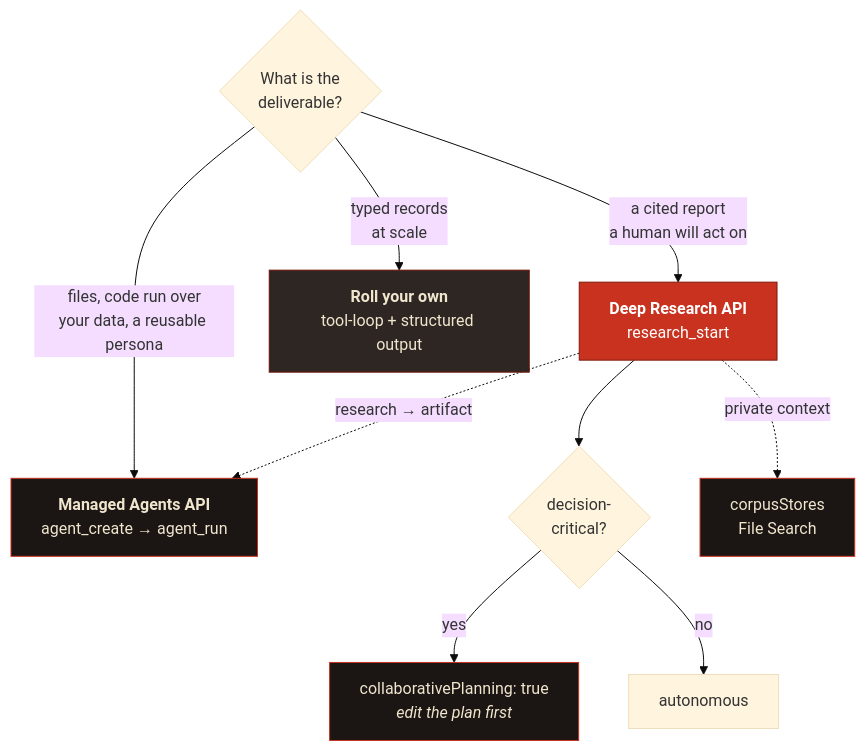
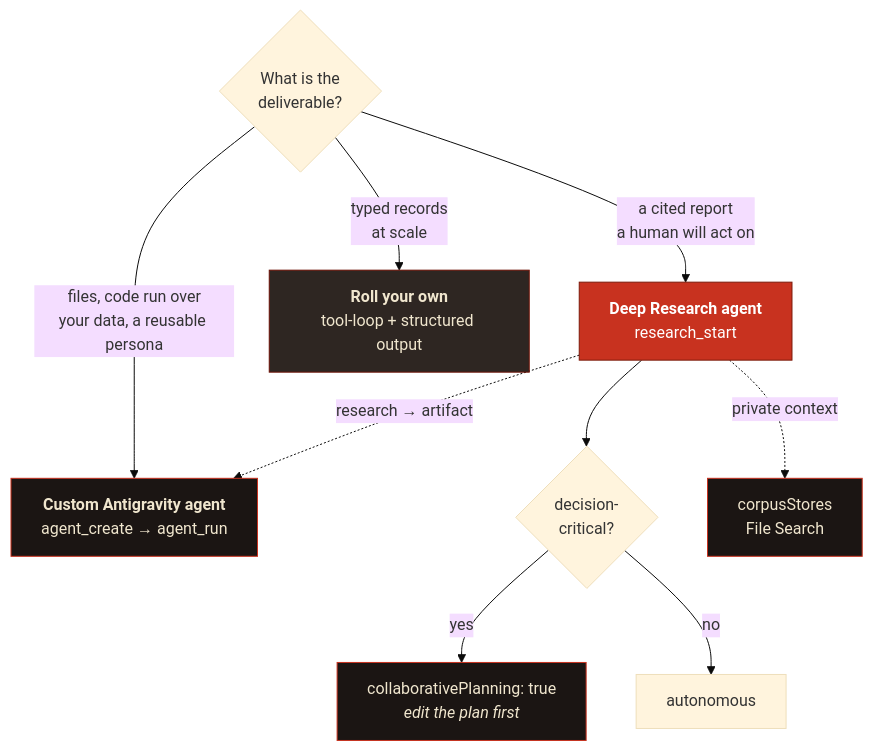
One commit to fledgeling-co/dossier-research-mcp changed the diagram in docs/deep-research-api-vs-agent.md. Above: the diagram before and after it, drawn with Mermaid (base theme). The commit also changed other lines of this file and 9 other files, not shown here.

````diff
--- a/docs/deep-research-api-vs-agent.md
+++ b/docs/deep-research-api-vs-agent.md
@@ -11,20 +13,20 @@
 ```mermaid
 flowchart TD
     Q{"What is the<br/>deliverable?"}
-    Q -->|"a cited report<br/>a human will act on"| DR["<b>Deep Research API</b><br/>research_start"]
-    Q -->|"files, code run over<br/>your data, a reusable persona"| MA["<b>Managed Agents API</b><br/>agent_create → agent_run"]
+    Q -->|"a cited report<br/>a human will act on"| DR["<b>Deep Research agent</b><br/>research_start"]
+    Q -->|"files, code run over<br/>your data, a reusable persona"| MA["<b>Custom Antigravity agent</b><br/>agent_create → agent_run"]
     Q -->|"typed records<br/>at scale"| OWN["<b>Roll your own</b><br/>tool-loop + structured output"]
 
     DR --> DC{"decision-<br/>critical?"}
     DC -->|yes| PLAN["collaborativePlanning: true<br/><i>edit the plan first</i>"]
     DC -->|no| AUTO["autonomous"]
 
     DR -.->|"research → artifact"| MA
     DR -.->|"private context"| FS["corpusStores<br/>File Search"]
 
     style DR fill:#C8321F,stroke:#7C1A0B,color:#ffffff
     style MA fill:#1B1513,stroke:#C8321F,color:#F0E6CE
     style OWN fill:#2E2622,stroke:#6E1206,color:#F0E6CE
     style PLAN fill:#1B1513,stroke:#C8321F,color:#F0E6CE
     style FS fill:#1B1513,stroke:#C8321F,color:#F0E6CE
 ```
````
